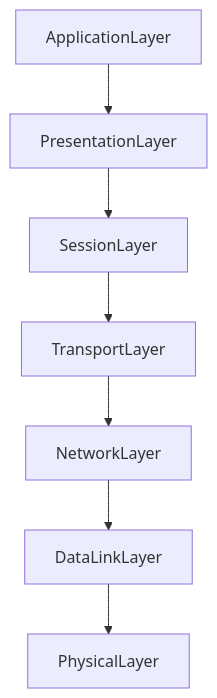
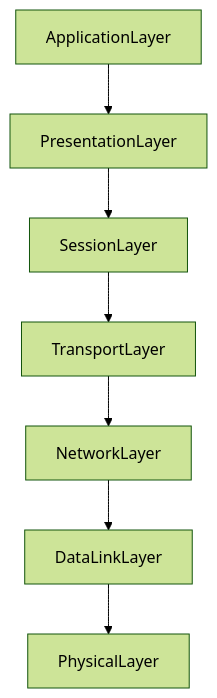
Before and after one commit to tsugumi-sys/readBook: the first of 2 diagrams in src/system-design-interview/ip-osimodel.md, drawn with Mermaid.

Commit message:
add themes

````diff
--- a/src/system-design-interview/ip-osimodel.md
+++ b/src/system-design-interview/ip-osimodel.md
@@ -41,11 +41,11 @@
 ```mermaid
-%%{init:{'theme':'natural'}}%%
+%%{init:{'theme':'forest'}}%%
 
 flowchart TB
     ApplicationLayer --> PresentationLayer
     PresentationLayer --> SessionLayer
     SessionLayer --> TransportLayer
     TransportLayer --> NetworkLayer
     NetworkLayer --> DataLinkLayer
     DataLinkLayer --> PhysicalLayer
 ```
````
